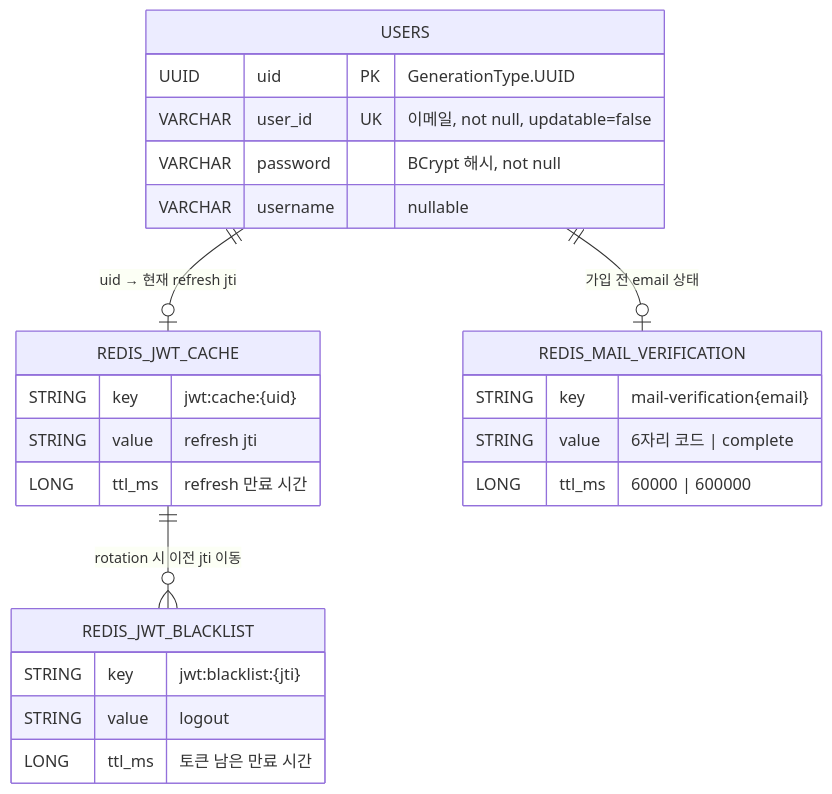
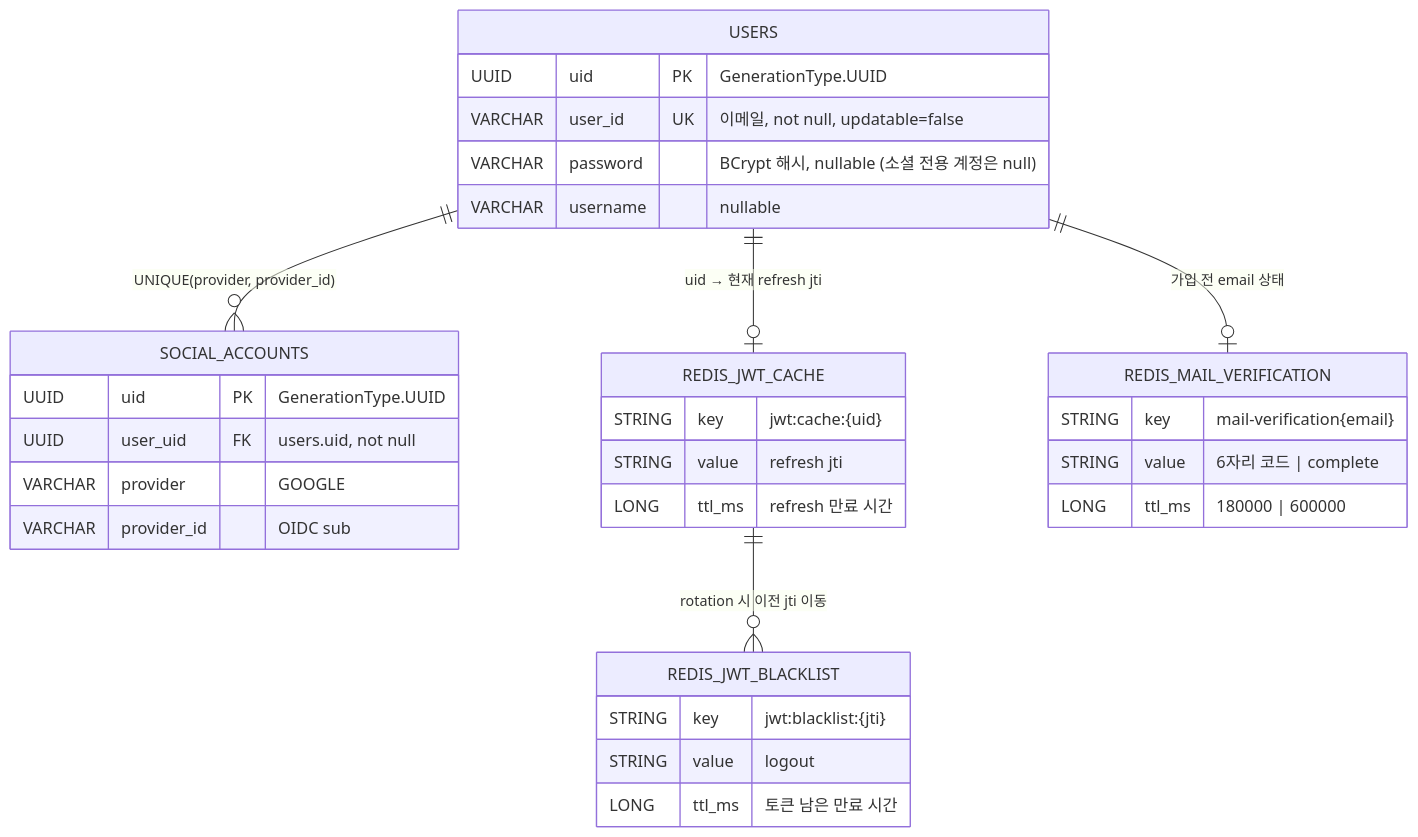
The sixth of 7 diagrams in README.md (seonghun120614/Sports-Spoiler-Detector), drawn with Mermaid before and after one commit. The commit also changed other lines of this file and 6 other files, not shown here.

````diff
--- a/README.md
+++ b/README.md
@@ -358,31 +486,39 @@
 ```mermaid
 erDiagram
     USERS {
         UUID uid PK "GenerationType.UUID"
         VARCHAR user_id UK "이메일, not null, updatable=false"
-        VARCHAR password "BCrypt 해시, not null"
+        VARCHAR password "BCrypt 해시, nullable (소셜 전용 계정은 null)"
         VARCHAR username "nullable"
+    }
+
+    SOCIAL_ACCOUNTS {
+        UUID uid PK "GenerationType.UUID"
+        UUID user_uid FK "users.uid, not null"
+        VARCHAR provider "GOOGLE"
+        VARCHAR provider_id "OIDC sub"
     }
 
     REDIS_JWT_CACHE {
         STRING key "jwt:cache:{uid}"
         STRING value "refresh jti"
         LONG ttl_ms "refresh 만료 시간"
     }
 
     REDIS_JWT_BLACKLIST {
         STRING key "jwt:blacklist:{jti}"
         STRING value "logout"
         LONG ttl_ms "토큰 남은 만료 시간"
     }
 
     REDIS_MAIL_VERIFICATION {
         STRING key "mail-verification{email}"
         STRING value "6자리 코드 | complete"
-        LONG ttl_ms "60000 | 600000"
+        LONG ttl_ms "180000 | 600000"
     }
 
+    USERS ||--o{ SOCIAL_ACCOUNTS : "UNIQUE(provider, provider_id)"
     USERS ||--o| REDIS_JWT_CACHE : "uid → 현재 refresh jti"
     REDIS_JWT_CACHE ||--o{ REDIS_JWT_BLACKLIST : "rotation 시 이전 jti 이동"
     USERS ||--o| REDIS_MAIL_VERIFICATION : "가입 전 email 상태"
 ```
````
